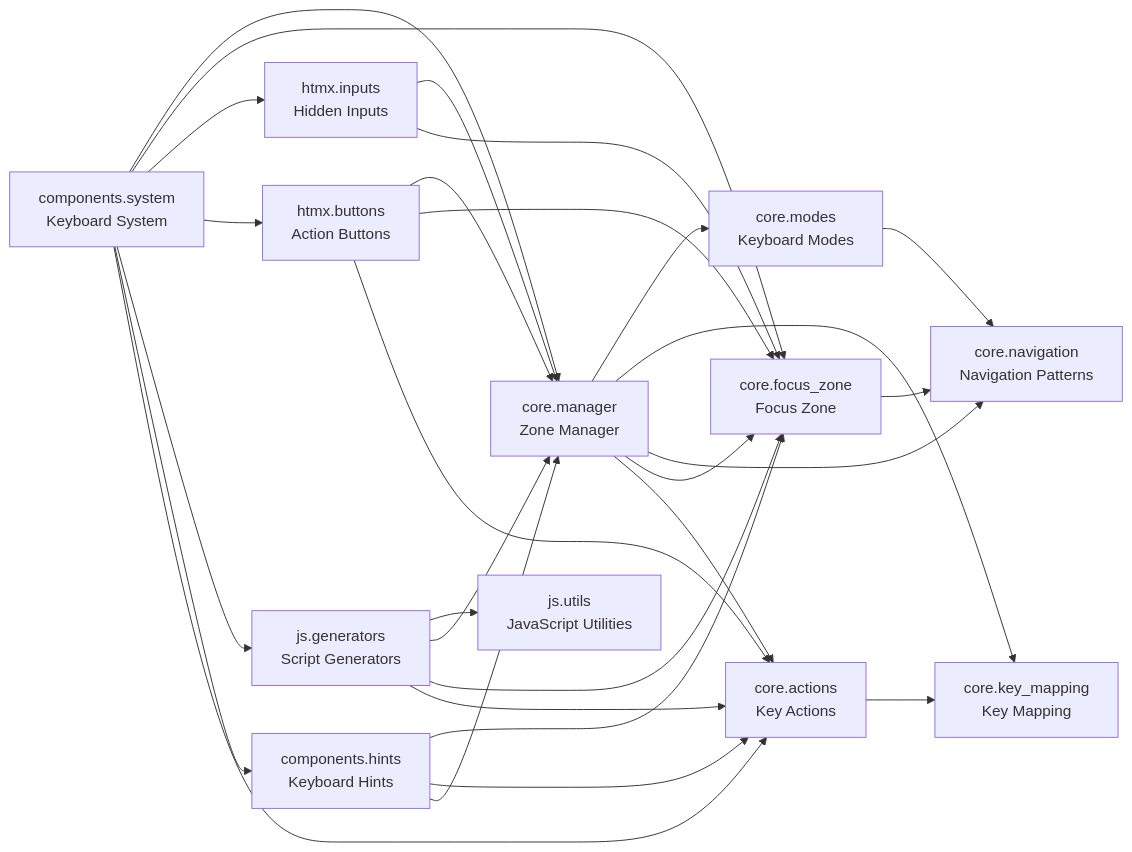
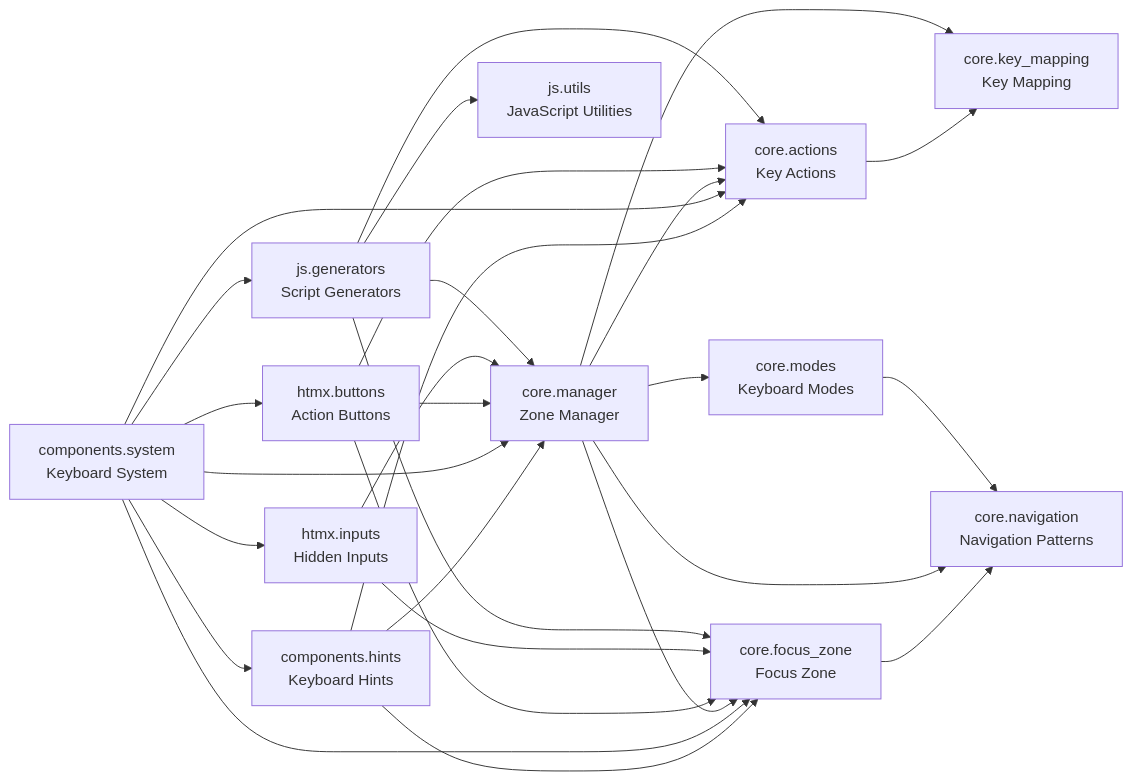
Before and after one commit to cj-mills/cjm-fasthtml-keyboard-navigation: the diagram in README.md, drawn with Mermaid. The commit also changed other lines of this file and 3 other files, not shown here.

````diff
--- a/README.md
+++ b/README.md
@@ -36,43 +36,43 @@
 ``` mermaid
 graph LR
     components_hints[components.hints<br/>Keyboard Hints]
     components_system[components.system<br/>Keyboard System]
     core_actions[core.actions<br/>Key Actions]
     core_focus_zone[core.focus_zone<br/>Focus Zone]
     core_key_mapping[core.key_mapping<br/>Key Mapping]
     core_manager[core.manager<br/>Zone Manager]
     core_modes[core.modes<br/>Keyboard Modes]
     core_navigation[core.navigation<br/>Navigation Patterns]
     htmx_buttons[htmx.buttons<br/>Action Buttons]
     htmx_inputs[htmx.inputs<br/>Hidden Inputs]
     js_generators[js.generators<br/>Script Generators]
     js_utils[js.utils<br/>JavaScript Utilities]
 
     components_hints --> core_focus_zone
+    components_hints --> core_manager
     components_hints --> core_actions
-    components_hints --> core_manager
+    components_system --> js_generators
+    components_system --> htmx_buttons
+    components_system --> components_hints
+    components_system --> core_focus_zone
     components_system --> core_manager
-    components_system --> core_focus_zone
+    components_system --> core_actions
     components_system --> htmx_inputs
-    components_system --> htmx_buttons
-    components_system --> js_generators
-    components_system --> components_hints
-    components_system --> core_actions
     core_actions --> core_key_mapping
     core_focus_zone --> core_navigation
-    core_manager --> core_modes
     core_manager --> core_key_mapping
     core_manager --> core_navigation
     core_manager --> core_focus_zone
+    core_manager --> core_modes
     core_manager --> core_actions
     core_modes --> core_navigation
+    htmx_buttons --> core_focus_zone
     htmx_buttons --> core_manager
-    htmx_buttons --> core_focus_zone
     htmx_buttons --> core_actions
+    htmx_inputs --> core_focus_zone
     htmx_inputs --> core_manager
-    htmx_inputs --> core_focus_zone
     js_generators --> js_utils
+    js_generators --> core_focus_zone
     js_generators --> core_manager
-    js_generators --> core_focus_zone
     js_generators --> core_actions
 ```
````
